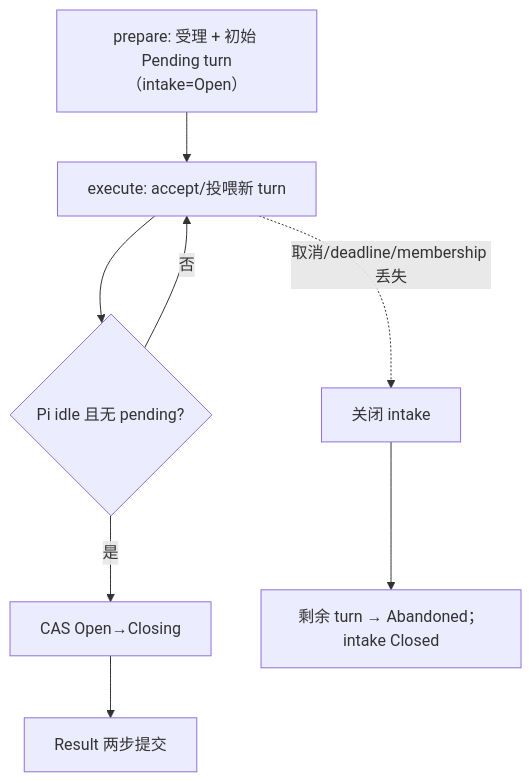
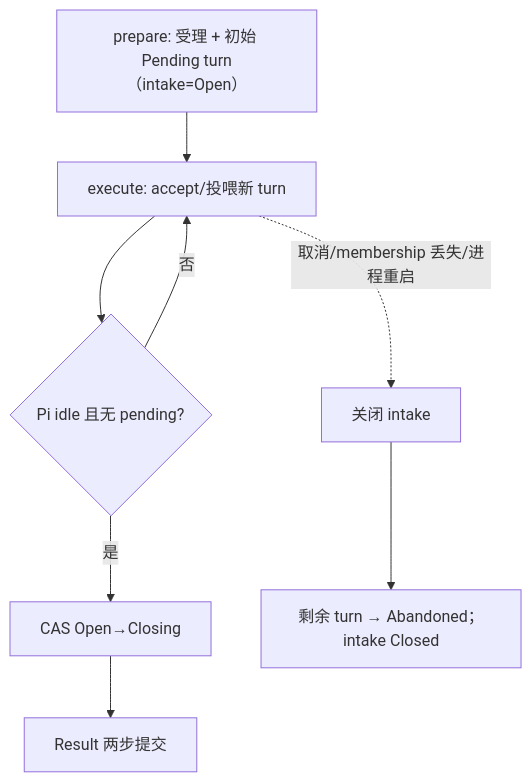
One commit to corezilla/piko changed the fifth of 9 diagrams in docs/20_system_design/mechanisms/piko-matrix.md. Above: the diagram before and after it, drawn with Mermaid. The commit also changed other lines of this file and 20 other files, not shown here.

````diff
--- a/docs/20_system_design/mechanisms/piko-matrix.md
+++ b/docs/20_system_design/mechanisms/piko-matrix.md
@@ -415,10 +415,10 @@
 ```mermaid
 flowchart TD
   P["prepare: 受理 + 初始 Pending turn（intake=Open）"] --> E["execute: accept/投喂新 turn"]
   E --> Q{"Pi idle 且无 pending?"}
   Q -- "是" --> CL["CAS Open→Closing"]
   Q -- "否" --> E
-  E -. "取消/deadline/membership 丢失" .-> AB["关闭 intake"]
+  E -. "取消/membership 丢失/进程重启" .-> AB["关闭 intake"]
   CL --> PUB["Result 两步提交"]
   AB --> AB2["剩余 turn → Abandoned；intake Closed"]
 ```
````
